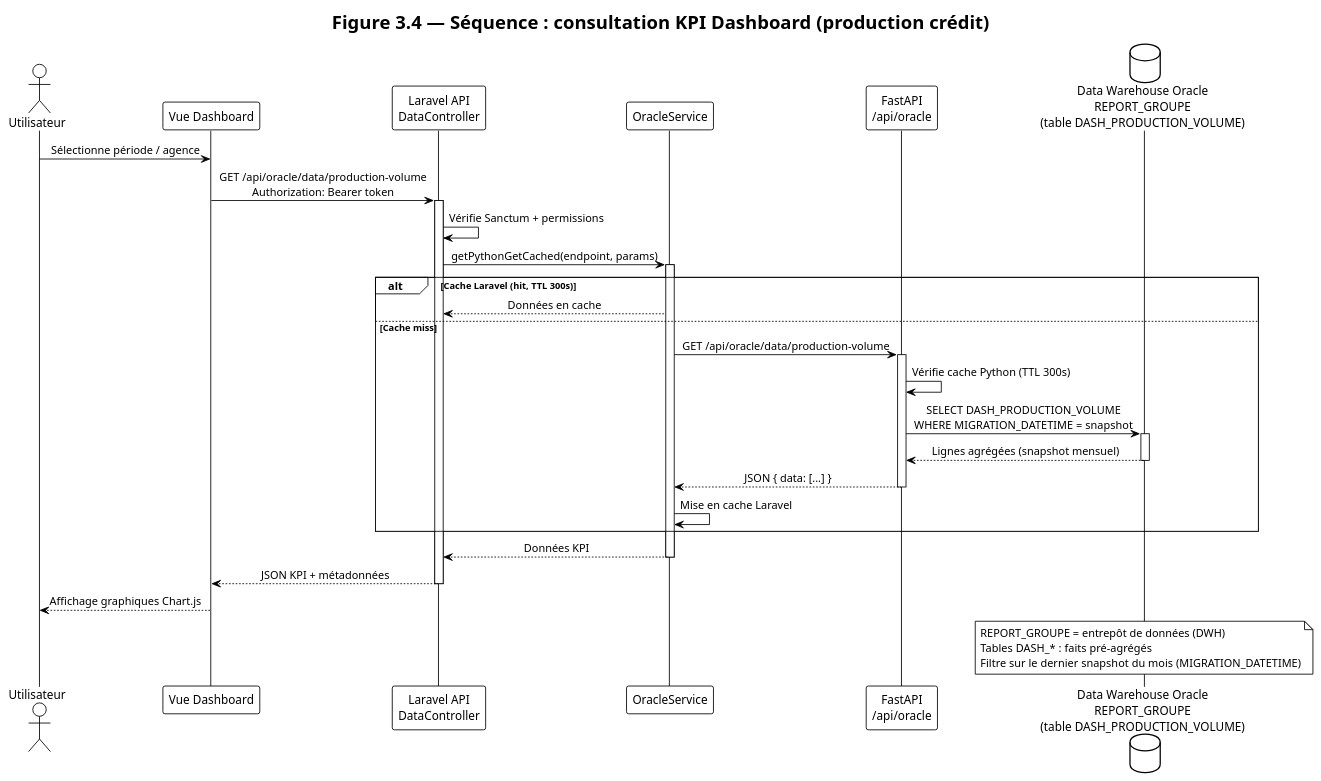
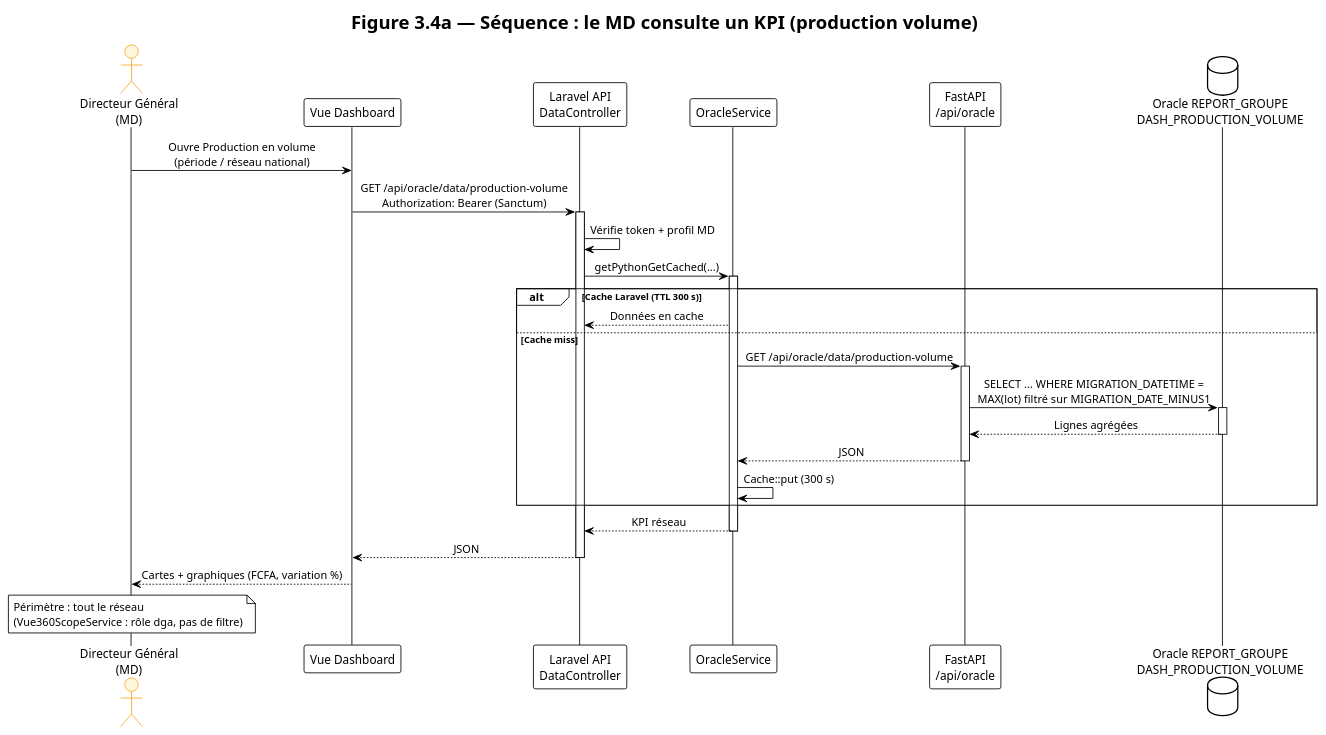
The diagram in docs/plantuml/04_sequence_kpi_dashboard.puml (Modou1ngom/cofidash), drawn with PlantUML before and after one commit. The commit also changed 39 other files, not shown here.

```diff
--- a/docs/plantuml/04_sequence_kpi_dashboard.puml
+++ b/docs/plantuml/04_sequence_kpi_dashboard.puml
@@ -1,50 +1,56 @@
-@startuml sequence_kpi_dashboard
+@startuml sequence_kpi_md
 !theme plain
-title Figure 3.4 — Séquence : consultation KPI Dashboard (production crédit)
-
 skinparam shadowing false
 skinparam defaultFontName Arial
+skinparam usecase {
+  BackgroundColor #E8F4FD
+  BorderColor #1565C0
+}
+skinparam actor {
+  BackgroundColor #FFF8E1
+  BorderColor #F9A825
+}
 skinparam sequenceMessageAlign center
+skinparam ActivityDiamondBackgroundColor #FFF8E1
+title Figure 3.4a — Séquence : le MD consulte un KPI (production volume)
 
-actor "Utilisateur" as U
+actor "Directeur Général\n(MD)" as MD
 participant "Vue Dashboard" as V
 participant "Laravel API\nDataController" as L
 participant "OracleService" as O
 participant "FastAPI\n/api/oracle" as P
-database "Data Warehouse Oracle\nREPORT_GROUPE\n(table DASH_PRODUCTION_VOLUME)" as DWH
+database "Oracle REPORT_GROUPE\nDASH_PRODUCTION_VOLUME" as DWH
 
-U -> V : Sélectionne période / agence
-V -> L : GET /api/oracle/data/production-volume\nAuthorization: Bearer token
+MD -> V : Ouvre Production en volume\n(période / réseau national)
+V -> L : GET /api/oracle/data/production-volume\nAuthorization: Bearer (Sanctum)
 activate L
-L -> L : Vérifie Sanctum + permissions
-L -> O : getPythonGetCached(endpoint, params)
+L -> L : Vérifie token + profil MD
+L -> O : getPythonGetCached(...)
 activate O
 
-alt Cache Laravel (hit, TTL 300s)
+alt Cache Laravel (TTL 300 s)
   O --> L : Données en cache
 else Cache miss
   O -> P : GET /api/oracle/data/production-volume
   activate P
-  P -> P : Vérifie cache Python (TTL 300s)
-  P -> DWH : SELECT DASH_PRODUCTION_VOLUME\nWHERE MIGRATION_DATETIME = snapshot
+  P -> DWH : SELECT ... WHERE MIGRATION_DATETIME =\nMAX(lot) filtré sur MIGRATION_DATE_MINUS1
   activate DWH
-  DWH --> P : Lignes agrégées (snapshot mensuel)
+  DWH --> P : Lignes agrégées
   deactivate DWH
-  P --> O : JSON { data: [...] }
+  P --> O : JSON
   deactivate P
-  O -> O : Mise en cache Laravel
+  O -> O : Cache::put (300 s)
 end
 
-O --> L : Données KPI
+O --> L : KPI réseau
 deactivate O
-L --> V : JSON KPI + métadonnées
+L --> V : JSON
 deactivate L
-V --> U : Affichage graphiques Chart.js
+V --> MD : Cartes + graphiques (FCFA, variation %)
 
-note over DWH
-  REPORT_GROUPE = entrepôt de données (DWH)
-  Tables DASH_* : faits pré-agrégés
-  Filtre sur le dernier snapshot du mois (MIGRATION_DATETIME)
+note over MD
+  Périmètre : tout le réseau
+  (Vue360ScopeService : rôle dga, pas de filtre)
 end note
 
 @enduml
```
